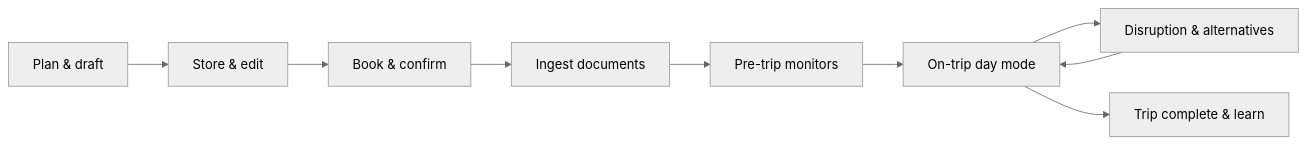
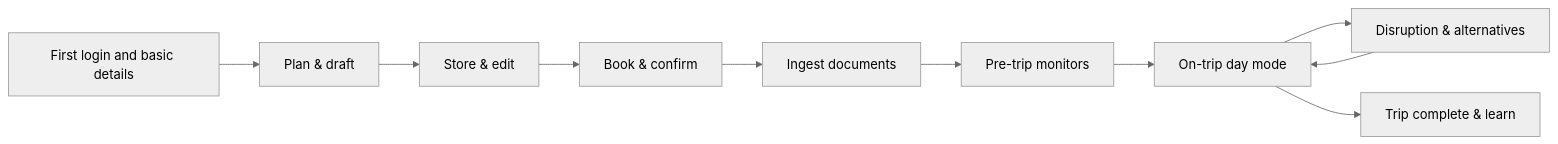
One commit to cheongqinxue/fogg changed the diagram in docs/user-journeys.md. Above: the diagram before and after it, drawn with Mermaid (neutral theme). The commit also changed other lines of this file and 12 other files, not shown here.

````diff
--- a/docs/user-journeys.md
+++ b/docs/user-journeys.md
@@ -64,11 +66,12 @@
 ```mermaid
 flowchart LR
+  O[First login and basic details] --> A
   A[Plan & draft] --> B[Store & edit]
   B --> C[Book & confirm]
   C --> D[Ingest documents]
   D --> E[Pre-trip monitors]
   E --> F[On-trip day mode]
   F --> G[Disruption & alternatives]
   G --> F
   F --> H[Trip complete & learn]
 ```
````
